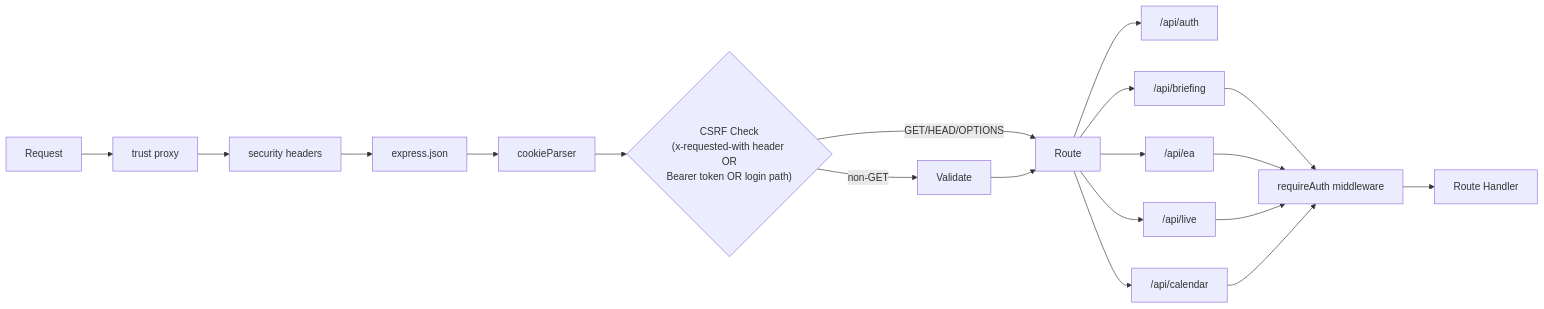
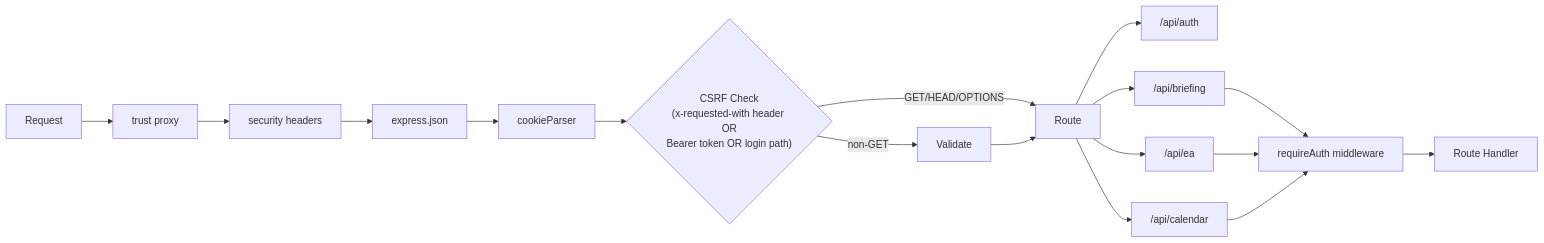
The fourth of 7 diagrams in ARCHITECTURE.md (ansidian/Setpoint), drawn with Mermaid before and after one commit. The commit also changed other lines of this file and 85 other files, not shown here.

Commit message:
chore: prune current snapshot schema and docs

````diff
--- a/ARCHITECTURE.md
+++ b/ARCHITECTURE.md
@@ -262,23 +262,21 @@
 ```mermaid
 graph LR
     Request --> TP[trust proxy]
     TP --> Sec[security headers]
     Sec --> JSON[express.json]
     JSON --> Cookie[cookieParser]
     Cookie --> CSRF{"CSRF Check\n(x-requested-with header OR\nBearer token OR login path)"}
     CSRF -->|non-GET| Validate
     CSRF -->|GET/HEAD/OPTIONS| Route
     Validate --> Route
 
     Route --> Auth["/api/auth"]
     Route --> Briefing["/api/briefing"]
     Route --> EA["/api/ea"]
-    Route --> Live["/api/live"]
     Route --> Cal["/api/calendar"]
 
     Briefing --> ReqAuth[requireAuth middleware]
     EA --> ReqAuth
-    Live --> ReqAuth
     Cal --> ReqAuth
     ReqAuth --> Handler[Route Handler]
 ```
````
